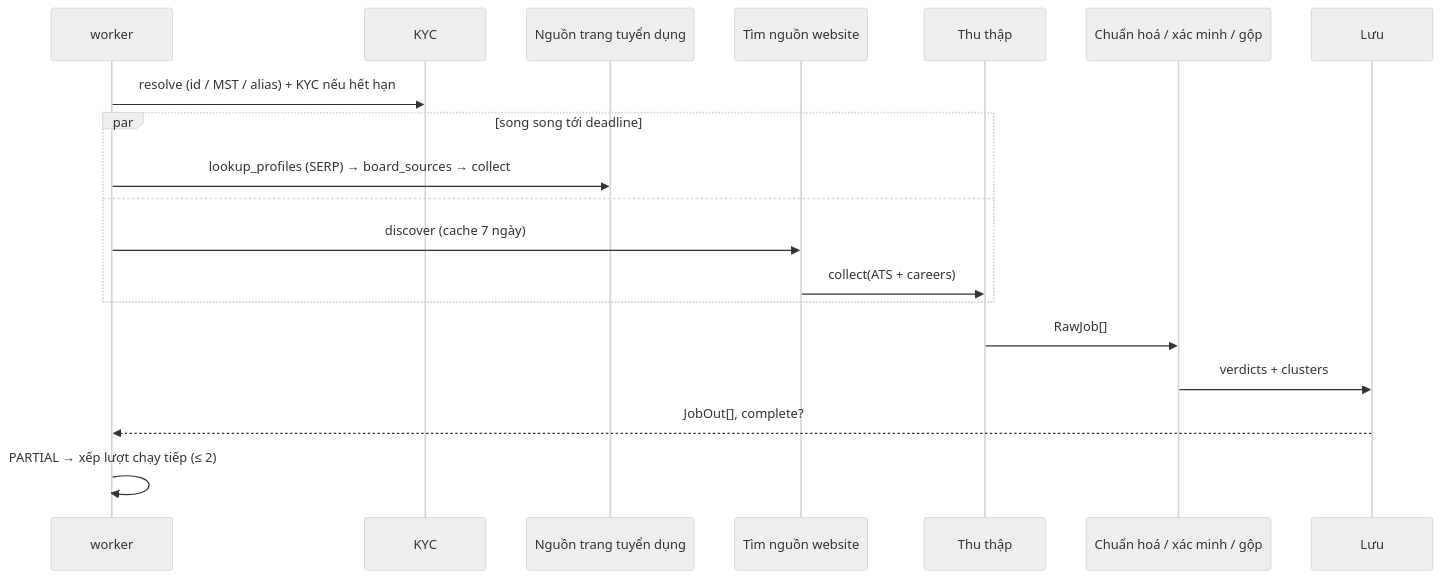
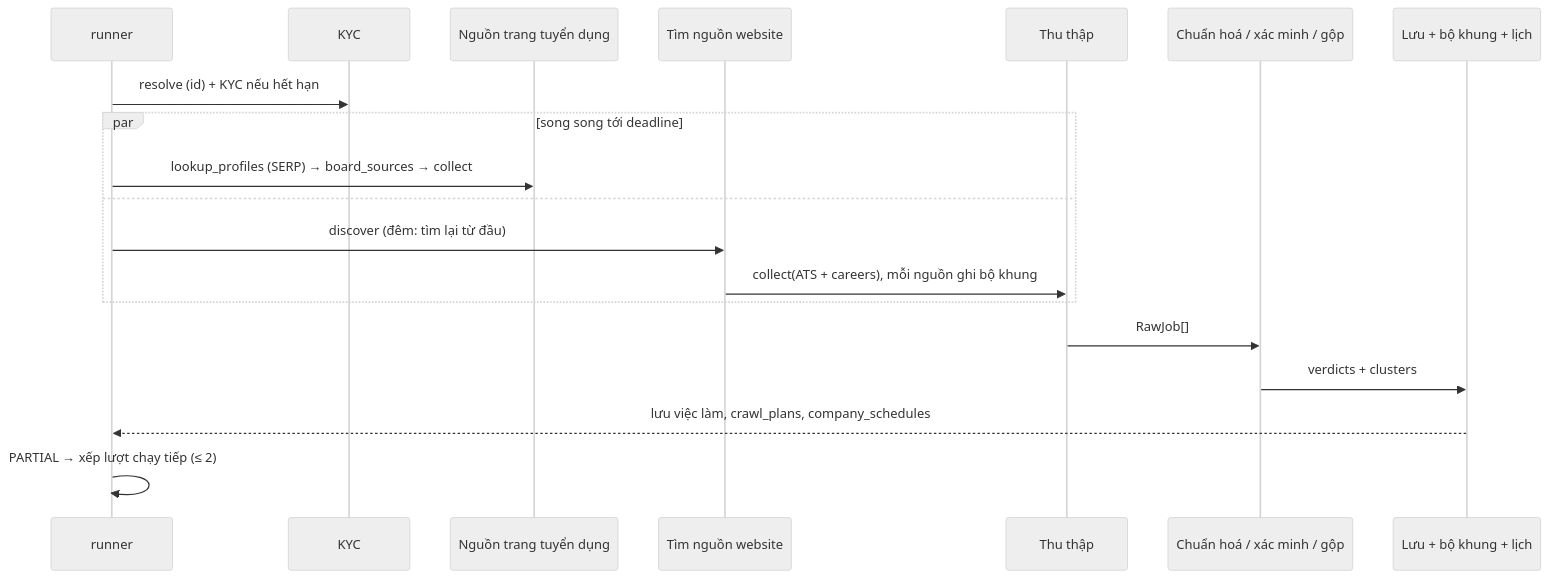
Before and after one commit to ntthanh2603/job-crawler: the second of 5 diagrams in docs/ARCHITECTURE.md, drawn with Mermaid (neutral theme). The commit also changed other lines of this file and 3 other files, not shown here.

First line of the commit message:
docs: architecture, operations and 10k deployment for build/poll + workers

````diff
--- a/docs/ARCHITECTURE.md
+++ b/docs/ARCHITECTURE.md
@@ -93,21 +123,21 @@
 ```mermaid
 sequenceDiagram
-  participant W as worker
+  participant R as runner
   participant K as KYC
   participant B as Nguồn trang tuyển dụng
   participant D as Tìm nguồn website
   participant C as Thu thập
   participant P as Chuẩn hoá / xác minh / gộp
-  participant S as Lưu
-  W->>K: resolve (id / MST / alias) + KYC nếu hết hạn
+  participant S as Lưu + bộ khung + lịch
+  R->>K: resolve (id) + KYC nếu hết hạn
   par song song tới deadline
-    W->>B: lookup_profiles (SERP) → board_sources → collect
+    R->>B: lookup_profiles (SERP) → board_sources → collect
   and
-    W->>D: discover (cache 7 ngày)
-    D->>C: collect(ATS + careers)
+    R->>D: discover (đêm: tìm lại từ đầu)
+    D->>C: collect(ATS + careers), mỗi nguồn ghi bộ khung
   end
   C->>P: RawJob[]
   P->>S: verdicts + clusters
-  S-->>W: JobOut[], complete?
-  W->>W: PARTIAL → xếp lượt chạy tiếp (≤ 2)
+  S-->>R: lưu việc làm, crawl_plans, company_schedules
+  R->>R: PARTIAL → xếp lượt chạy tiếp (≤ 2)
 ```
````
